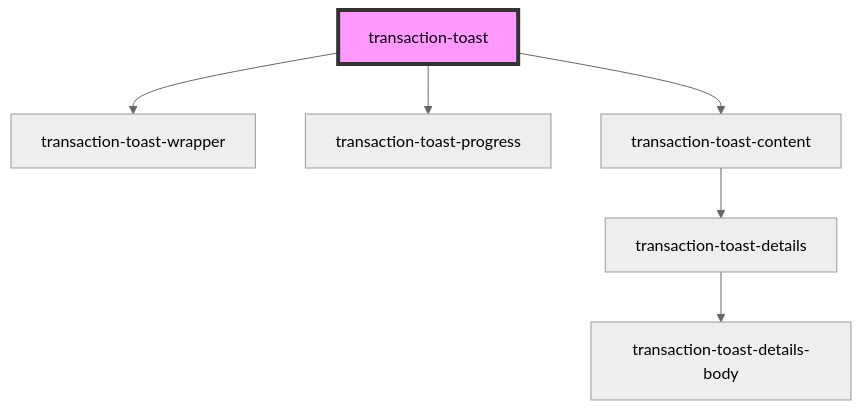
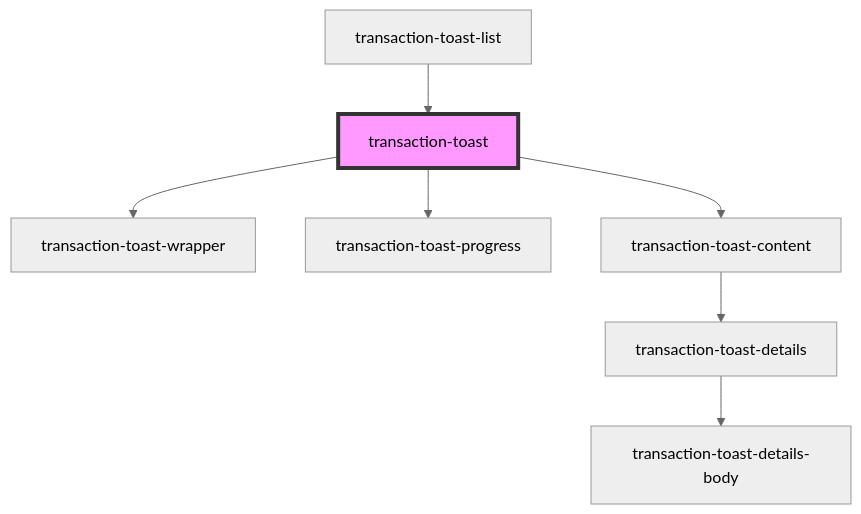
One commit to multiversx/mx-sdk-dapp-ui changed the diagram in src/components/transaction-toast/readme.md. Above: the diagram before and after it, drawn with Mermaid (neutral theme). The commit also changed other lines of this file and 6 other files, not shown here.

````diff
--- a/src/components/transaction-toast/readme.md
+++ b/src/components/transaction-toast/readme.md
@@ -36,9 +40,10 @@
 ```mermaid
 graph TD;
   transaction-toast --> transaction-toast-wrapper
   transaction-toast --> transaction-toast-progress
   transaction-toast --> transaction-toast-content
   transaction-toast-content --> transaction-toast-details
   transaction-toast-details --> transaction-toast-details-body
+  transaction-toast-list --> transaction-toast
   style transaction-toast fill:#f9f,stroke:#333,stroke-width:4px
 ```
````
